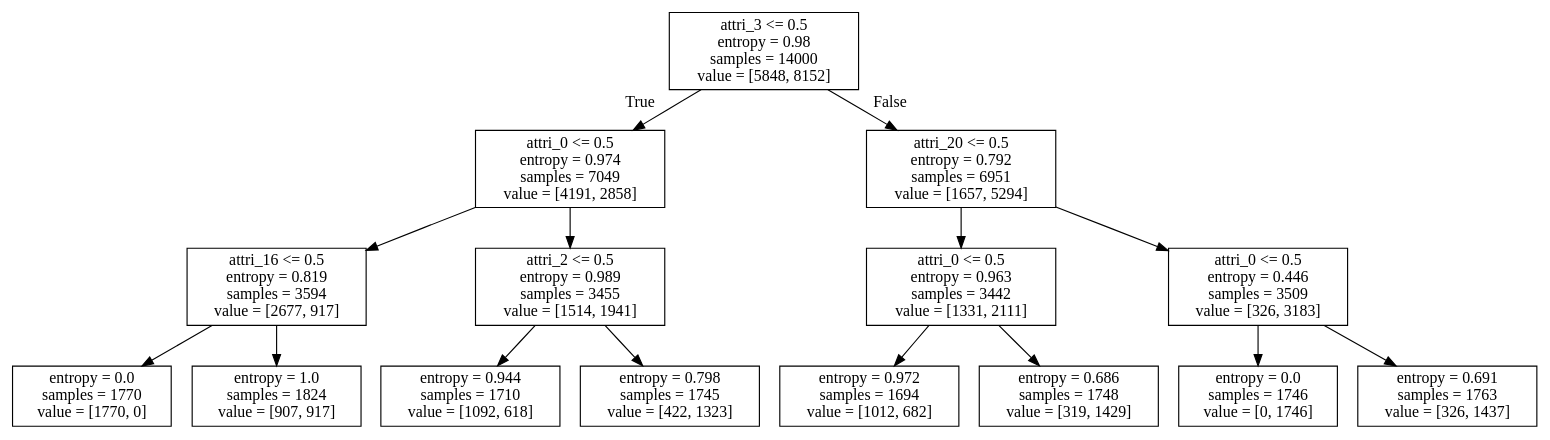
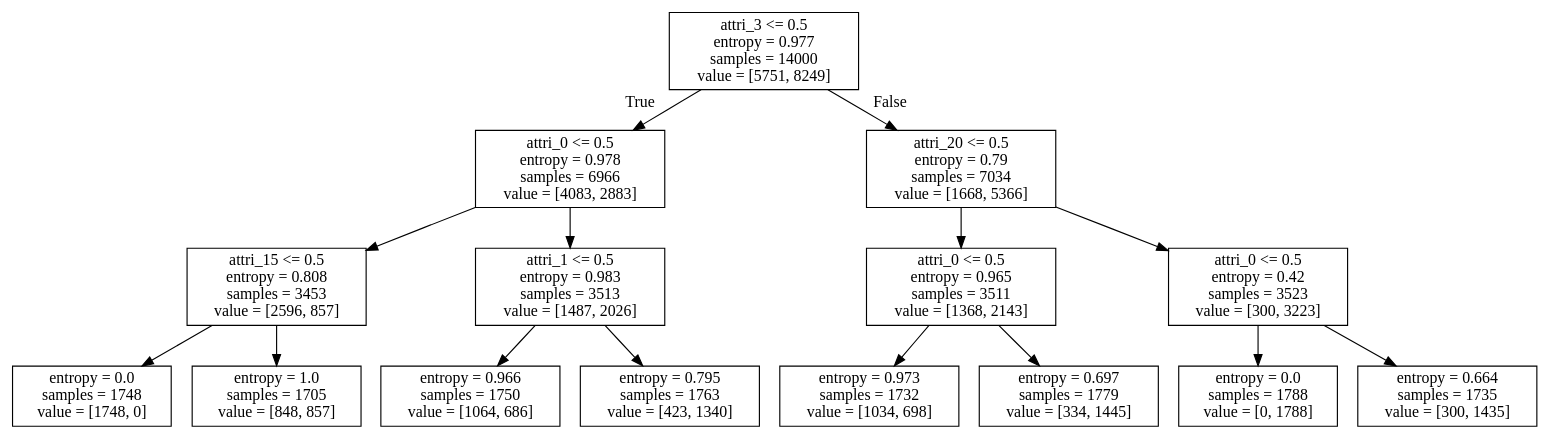
The diagram in Decision_Tree/models/decision_tree_depth_m2_3.dot (ElektrischesSchaf/Data_Mining_2019_Projects), drawn with Graphviz before and after one commit. The commit also changed 12 other files, not shown here.

```diff
--- a/Decision_Tree/models/decision_tree_depth_m2_3.dot
+++ b/Decision_Tree/models/decision_tree_depth_m2_3.dot
@@ -1,32 +1,32 @@
 digraph Tree {
 node [shape=box] ;
-0 [label="attri_3 <= 0.5\nentropy = 0.98\nsamples = 14000\nvalue = [5848, 8152]"] ;
-1 [label="attri_0 <= 0.5\nentropy = 0.974\nsamples = 7049\nvalue = [4191, 2858]"] ;
+0 [label="attri_3 <= 0.5\nentropy = 0.977\nsamples = 14000\nvalue = [5751, 8249]"] ;
+1 [label="attri_0 <= 0.5\nentropy = 0.978\nsamples = 6966\nvalue = [4083, 2883]"] ;
 0 -> 1 [labeldistance=2.5, labelangle=45, headlabel="True"] ;
-2 [label="attri_16 <= 0.5\nentropy = 0.819\nsamples = 3594\nvalue = [2677, 917]"] ;
+2 [label="attri_15 <= 0.5\nentropy = 0.808\nsamples = 3453\nvalue = [2596, 857]"] ;
 1 -> 2 ;
-3 [label="entropy = 0.0\nsamples = 1770\nvalue = [1770, 0]"] ;
+3 [label="entropy = 0.0\nsamples = 1748\nvalue = [1748, 0]"] ;
 2 -> 3 ;
-4 [label="entropy = 1.0\nsamples = 1824\nvalue = [907, 917]"] ;
+4 [label="entropy = 1.0\nsamples = 1705\nvalue = [848, 857]"] ;
 2 -> 4 ;
-5 [label="attri_2 <= 0.5\nentropy = 0.989\nsamples = 3455\nvalue = [1514, 1941]"] ;
+5 [label="attri_1 <= 0.5\nentropy = 0.983\nsamples = 3513\nvalue = [1487, 2026]"] ;
 1 -> 5 ;
-6 [label="entropy = 0.944\nsamples = 1710\nvalue = [1092, 618]"] ;
+6 [label="entropy = 0.966\nsamples = 1750\nvalue = [1064, 686]"] ;
 5 -> 6 ;
-7 [label="entropy = 0.798\nsamples = 1745\nvalue = [422, 1323]"] ;
+7 [label="entropy = 0.795\nsamples = 1763\nvalue = [423, 1340]"] ;
 5 -> 7 ;
-8 [label="attri_20 <= 0.5\nentropy = 0.792\nsamples = 6951\nvalue = [1657, 5294]"] ;
+8 [label="attri_20 <= 0.5\nentropy = 0.79\nsamples = 7034\nvalue = [1668, 5366]"] ;
 0 -> 8 [labeldistance=2.5, labelangle=-45, headlabel="False"] ;
-9 [label="attri_0 <= 0.5\nentropy = 0.963\nsamples = 3442\nvalue = [1331, 2111]"] ;
+9 [label="attri_0 <= 0.5\nentropy = 0.965\nsamples = 3511\nvalue = [1368, 2143]"] ;
 8 -> 9 ;
-10 [label="entropy = 0.972\nsamples = 1694\nvalue = [1012, 682]"] ;
+10 [label="entropy = 0.973\nsamples = 1732\nvalue = [1034, 698]"] ;
 9 -> 10 ;
-11 [label="entropy = 0.686\nsamples = 1748\nvalue = [319, 1429]"] ;
+11 [label="entropy = 0.697\nsamples = 1779\nvalue = [334, 1445]"] ;
 9 -> 11 ;
-12 [label="attri_0 <= 0.5\nentropy = 0.446\nsamples = 3509\nvalue = [326, 3183]"] ;
+12 [label="attri_0 <= 0.5\nentropy = 0.42\nsamples = 3523\nvalue = [300, 3223]"] ;
 8 -> 12 ;
-13 [label="entropy = 0.0\nsamples = 1746\nvalue = [0, 1746]"] ;
+13 [label="entropy = 0.0\nsamples = 1788\nvalue = [0, 1788]"] ;
 12 -> 13 ;
-14 [label="entropy = 0.691\nsamples = 1763\nvalue = [326, 1437]"] ;
+14 [label="entropy = 0.664\nsamples = 1735\nvalue = [300, 1435]"] ;
 12 -> 14 ;
 }
```
